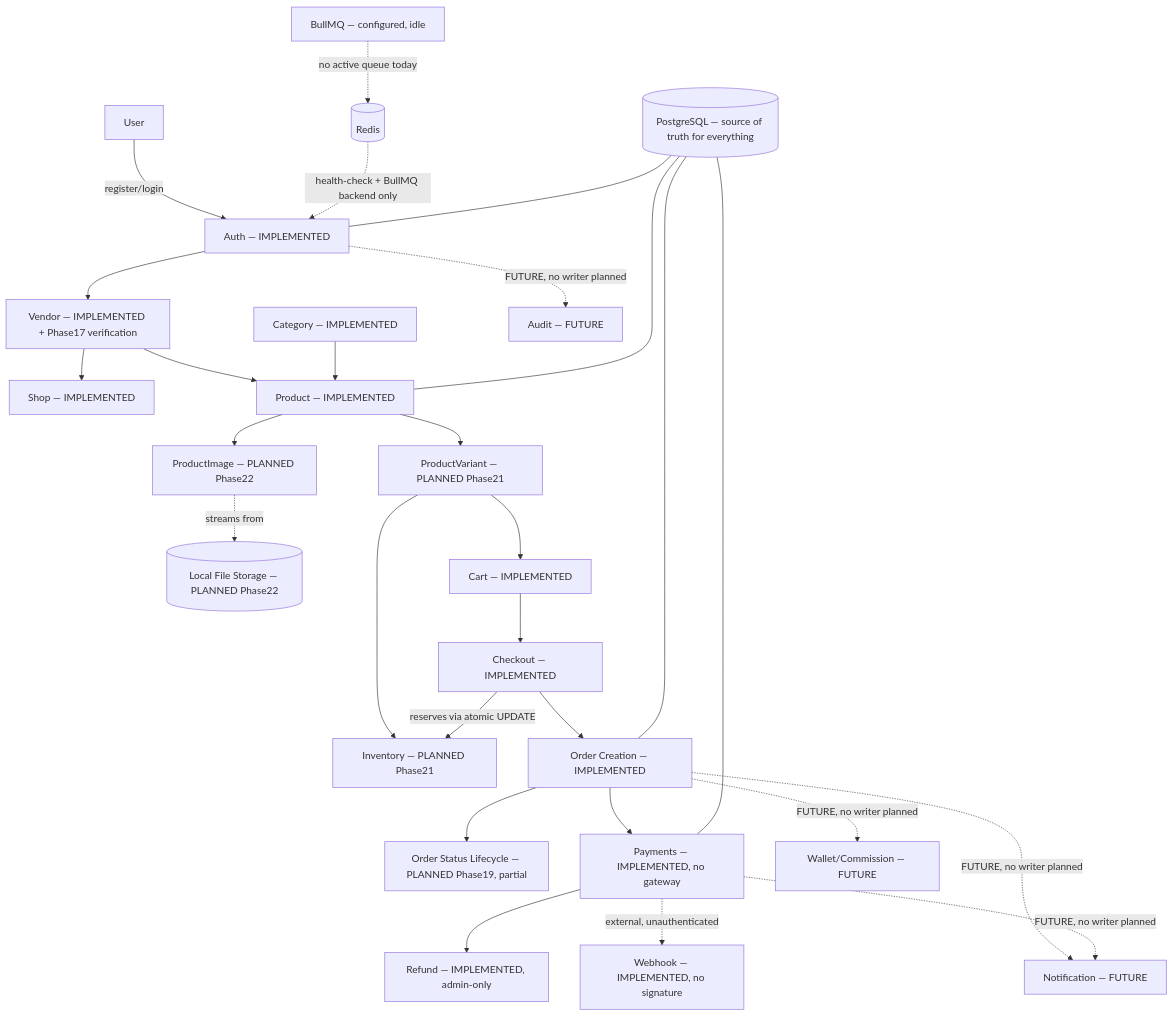
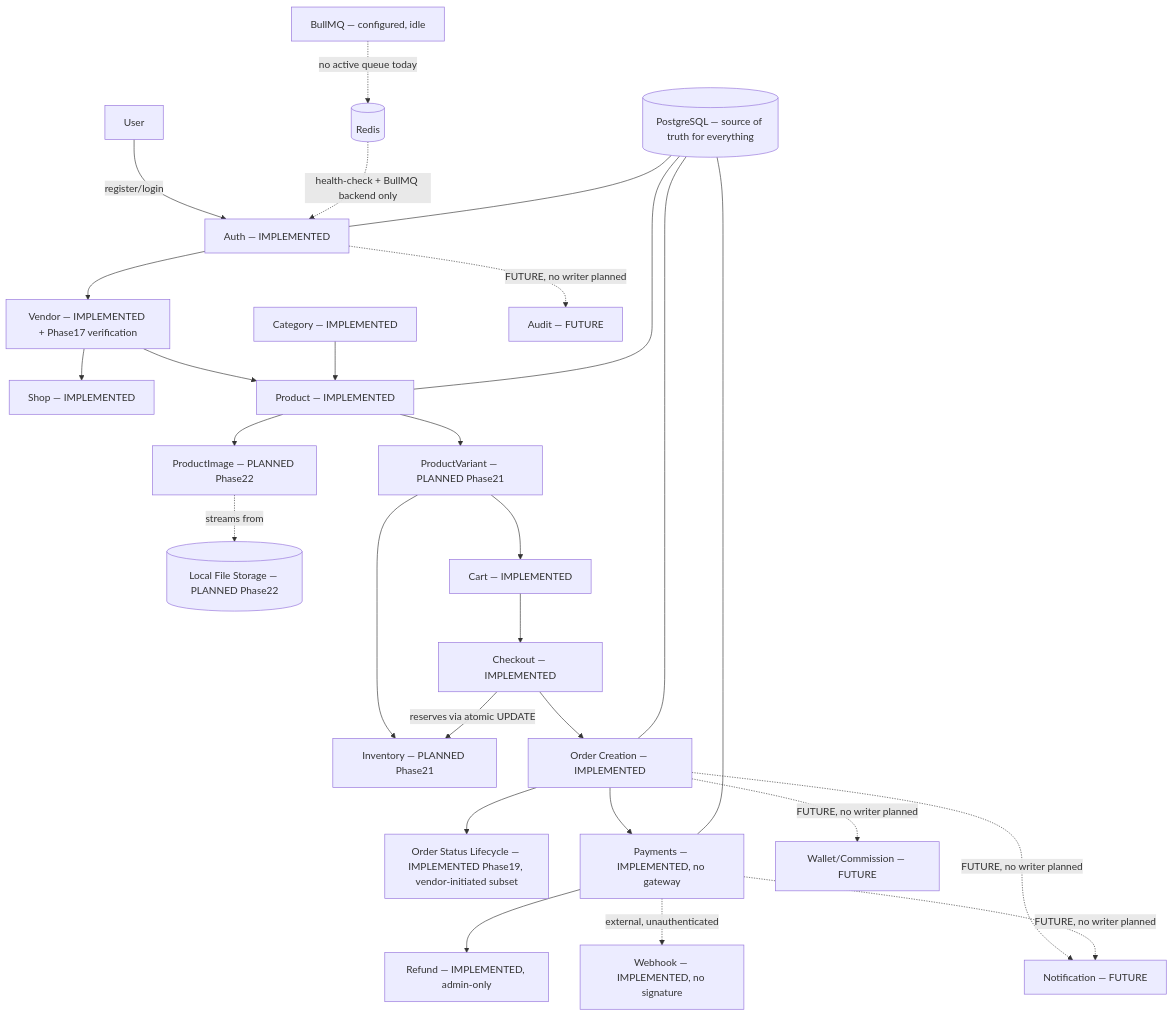
The second of 2 diagrams in docs/remaining-architecture-plan.md (taijulsir/multi-vendor-ecommerce-api), drawn with Mermaid before and after one commit. The commit also changed other lines of this file and 11 other files, not shown here.

Commit message:
feat(orders): implement order status lifecycle

````diff
--- a/docs/remaining-architecture-plan.md
+++ b/docs/remaining-architecture-plan.md
@@ -1446,32 +1503,32 @@
 ```mermaid
 flowchart TD
     User -->|register/login| Auth[Auth — IMPLEMENTED]
     Auth --> Vendor[Vendor — IMPLEMENTED + Phase17 verification]
     Vendor --> Shop[Shop — IMPLEMENTED]
     Vendor --> Product[Product — IMPLEMENTED]
     Category[Category — IMPLEMENTED] --> Product
     Product --> Variant[ProductVariant — PLANNED Phase21]
     Variant --> Inventory[Inventory — PLANNED Phase21]
     Product --> Images[ProductImage — PLANNED Phase22]
     Images -.->|streams from| LocalStorage[(Local File Storage — PLANNED Phase22)]
     Variant --> Cart[Cart — IMPLEMENTED]
     Cart --> Checkout[Checkout — IMPLEMENTED]
     Checkout -->|reserves via atomic UPDATE| Inventory
     Checkout --> Orders[Order Creation — IMPLEMENTED]
-    Orders --> OrderLifecycle[Order Status Lifecycle — PLANNED Phase19, partial]
+    Orders --> OrderLifecycle[Order Status Lifecycle — IMPLEMENTED Phase19, vendor-initiated subset]
     Orders --> Payments[Payments — IMPLEMENTED, no gateway]
     Payments --> Refund[Refund — IMPLEMENTED, admin-only]
     Payments -.->|external, unauthenticated| Webhook[Webhook — IMPLEMENTED, no signature]
 
     Orders -.->|FUTURE, no writer planned| Notification[Notification — FUTURE]
     Payments -.->|FUTURE, no writer planned| Notification
     Auth -.->|FUTURE, no writer planned| Audit[Audit — FUTURE]
     Orders -.->|FUTURE, no writer planned| Wallet[Wallet/Commission — FUTURE]
 
     RedisNode[(Redis)] -.->|health-check + BullMQ backend only| Auth
     BullMQ[BullMQ — configured, idle] -.->|no active queue today| RedisNode
     Postgres[(PostgreSQL — source of truth for everything)] --- Auth
     Postgres --- Product
     Postgres --- Orders
     Postgres --- Payments
 ```
````
